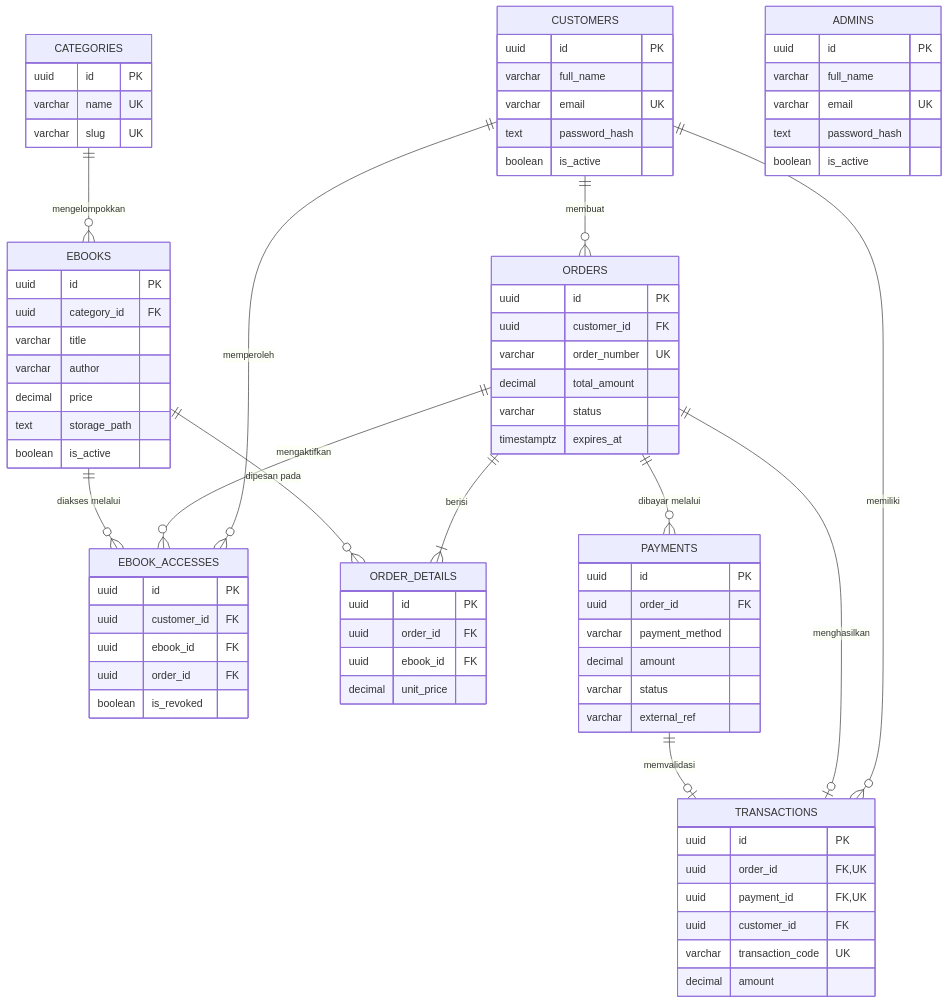
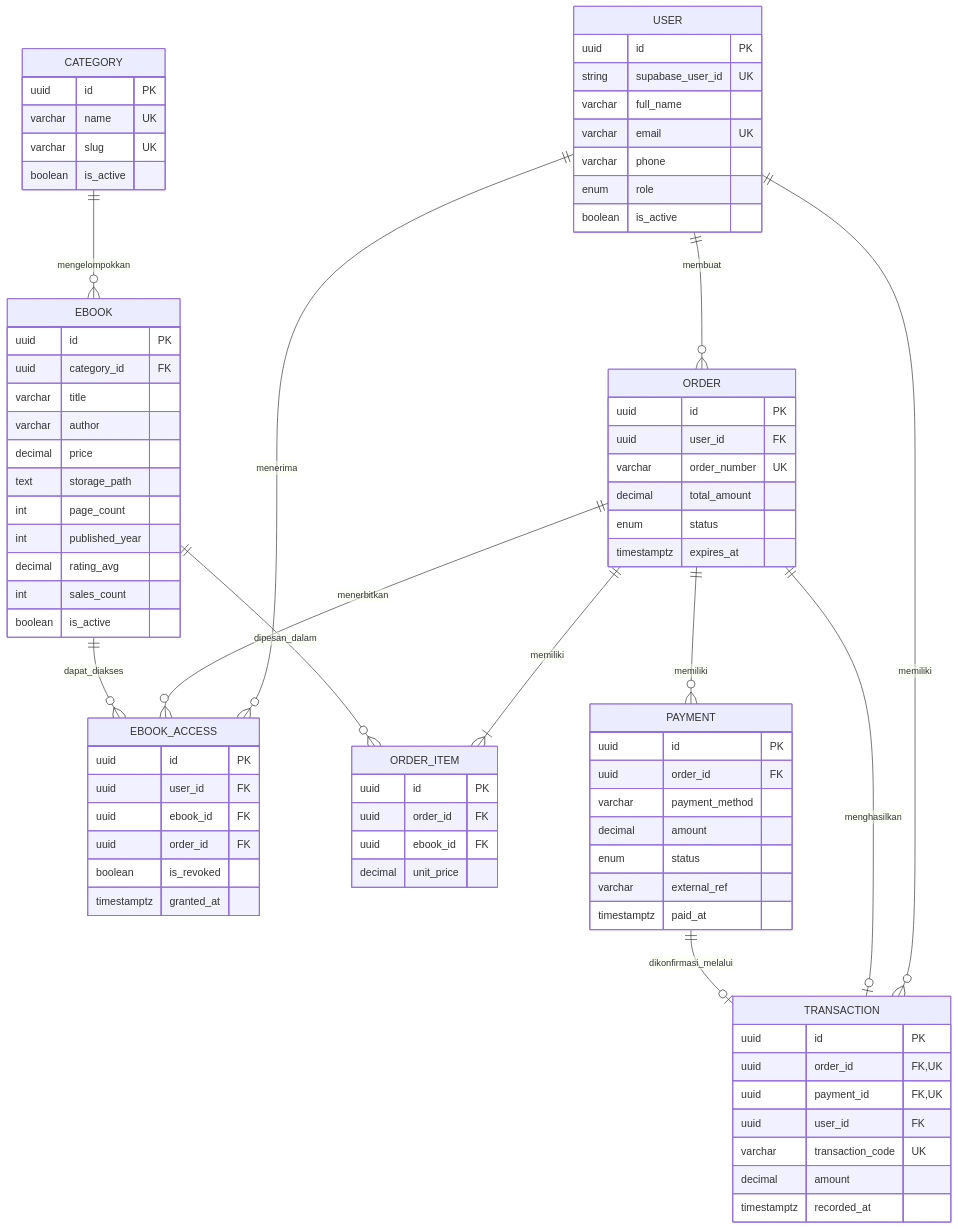
Before and after one commit to Faiq-DataSci/ebook-ecommerce: the diagram in docs/04-database/erd.md, drawn with Mermaid. The commit also changed other lines of this file and 21 other files, not shown here.

````diff
--- a/docs/04-database/erd.md
+++ b/docs/04-database/erd.md
@@ -9,88 +10,94 @@
 ```mermaid
 erDiagram
-    CUSTOMERS ||--o{ ORDERS : "membuat"
-    CUSTOMERS ||--o{ TRANSACTIONS : "memiliki"
-    CUSTOMERS ||--o{ EBOOK_ACCESSES : "memperoleh"
-    CATEGORIES ||--o{ EBOOKS : "mengelompokkan"
-    ORDERS ||--|{ ORDER_DETAILS : "berisi"
-    EBOOKS ||--o{ ORDER_DETAILS : "dipesan pada"
-    ORDERS ||--o{ PAYMENTS : "dibayar melalui"
-    ORDERS ||--o| TRANSACTIONS : "menghasilkan"
-    PAYMENTS ||--o| TRANSACTIONS : "memvalidasi"
-    ORDERS ||--o{ EBOOK_ACCESSES : "mengaktifkan"
-    EBOOKS ||--o{ EBOOK_ACCESSES : "diakses melalui"
+    USER ||--o{ ORDER : membuat
+    USER ||--o{ TRANSACTION : memiliki
+    USER ||--o{ EBOOK_ACCESS : menerima
 
-    CUSTOMERS {
+    CATEGORY ||--o{ EBOOK : mengelompokkan
+
+    ORDER ||--|{ ORDER_ITEM : memiliki
+    ORDER ||--o{ PAYMENT : memiliki
+    ORDER ||--o| TRANSACTION : menghasilkan
+    ORDER ||--o{ EBOOK_ACCESS : menerbitkan
+
+    EBOOK ||--o{ ORDER_ITEM : dipesan_dalam
+    EBOOK ||--o{ EBOOK_ACCESS : dapat_diakses
+
+    PAYMENT ||--o| TRANSACTION : dikonfirmasi_melalui
+
+    USER {
         uuid id PK
+        string supabase_user_id UK
         varchar full_name
         varchar email UK
-        text password_hash
+        varchar phone
+        enum role
         boolean is_active
     }
 
-    ADMINS {
+    CATEGORY {
         uuid id PK
-        varchar full_name
-        varchar email UK
-        text password_hash
+        varchar name UK
+        varchar slug UK
         boolean is_active
     }
 
-    CATEGORIES {
-        uuid id PK
-        varchar name UK
-        varchar slug UK
-    }
-
-    EBOOKS {
+    EBOOK {
         uuid id PK
         uuid category_id FK
         varchar title
         varchar author
         decimal price
         text storage_path
+        int page_count
+        int published_year
+        decimal rating_avg
+        int sales_count
         boolean is_active
     }
 
-    ORDERS {
+    ORDER {
         uuid id PK
-        uuid customer_id FK
+        uuid user_id FK
         varchar order_number UK
         decimal total_amount
-        varchar status
+        enum status
         timestamptz expires_at
     }
 
-    ORDER_DETAILS {
+    ORDER_ITEM {
         uuid id PK
         uuid order_id FK
         uuid ebook_id FK
         decimal unit_price
     }
 
-    PAYMENTS {
+    PAYMENT {
         uuid id PK
         uuid order_id FK
         varchar payment_method
         decimal amount
-        varchar status
+        enum status
         varchar external_ref
+        timestamptz paid_at
     }
 
-    TRANSACTIONS {
+    TRANSACTION {
         uuid id PK
         uuid order_id FK, UK
         uuid payment_id FK, UK
-        uuid customer_id FK
+        uuid user_id FK
         varchar transaction_code UK
         decimal amount
+        timestamptz recorded_at
     }
 
-    EBOOK_ACCESSES {
+    EBOOK_ACCESS {
         uuid id PK
-        uuid customer_id FK
+        uuid user_id FK
         uuid ebook_id FK
         uuid order_id FK
         boolean is_revoked
+        timestamptz granted_at
     }
 ```
````
